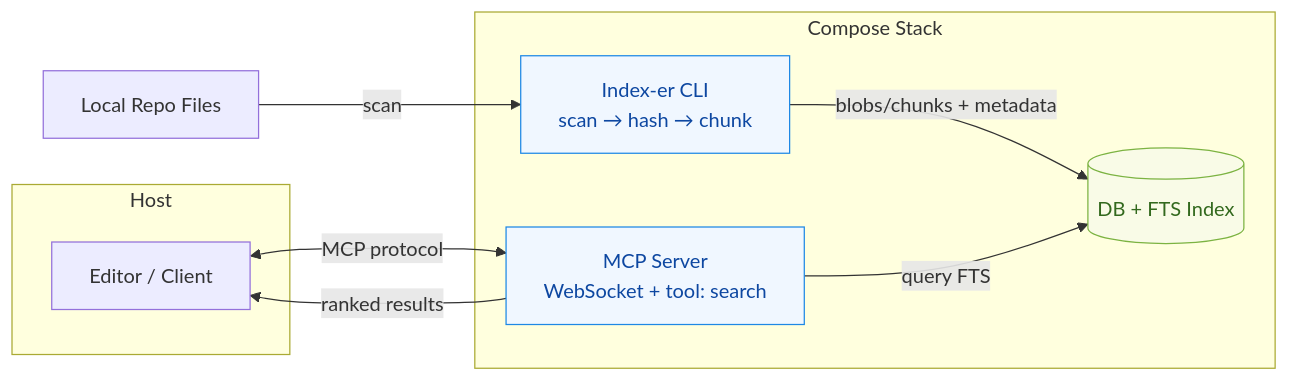
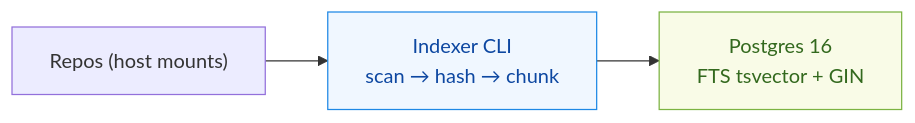
One commit to ashabbir/savant changed the first of 3 diagrams in README.md. Above: the diagram before and after it, drawn with Mermaid. The commit also changed other lines of this file, not shown here.

Commit message:
docs: fix Mermaid syntax in Indexer diagram

````diff
--- a/README.md
+++ b/README.md
@@ -27,25 +54,10 @@
 ```mermaid
 flowchart LR
-  subgraph Host
-    W[Editor / Client]
-  end
-
-  subgraph Compose Stack
-    I[Index-er CLI\nscan → hash → chunk]
-    DB[(DB + FTS Index)]
-    MCP[MCP Server\nWebSocket + tool: search]
-  end
-
-  Repo[Local Repo Files]
-
-  Repo -->|scan| I
-  I -->|blobs/chunks + metadata| DB
-  W <-->|MCP protocol| MCP
-  MCP -->|query FTS| DB
-  MCP -->|ranked results| W
+  R["Repos (host mounts)"] --> I["Indexer CLI<br/>scan → hash → chunk"]
+  I --> DB["Postgres 16<br/>FTS tsvector + GIN"]
 
   classDef svc fill:#f0f7ff,stroke:#1e88e5,color:#0d47a1,stroke-width:1px
   classDef data fill:#f9fbe7,stroke:#7cb342,color:#33691e,stroke-width:1px
-  class I,MCP svc
+  class I svc
   class DB data
 ```
````
